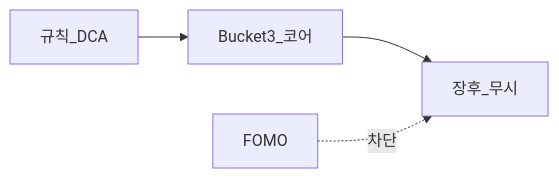
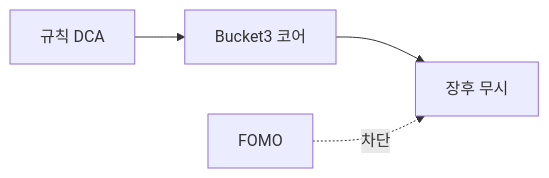
The second of 2 diagrams in 05-behavioral/fomo-and-trading-hours.md (goldanghenry/Finances), drawn with Mermaid before and after one commit. The commit also changed other lines of this file and 211 other files, not shown here.

````diff
--- a/05-behavioral/fomo-and-trading-hours.md
+++ b/05-behavioral/fomo-and-trading-hours.md
@@ -86,6 +95,6 @@
 ```mermaid
 flowchart LR
-  Rule[규칙_DCA] --> B3[Bucket3_코어]
-  B3 --> Ignore[장후_무시]
+  Rule["규칙 DCA"] --> B3["Bucket3 코어"]
+  B3 --> Ignore["장후 무시"]
   FOMO2[FOMO] -.->|차단| Ignore
 ```
````
